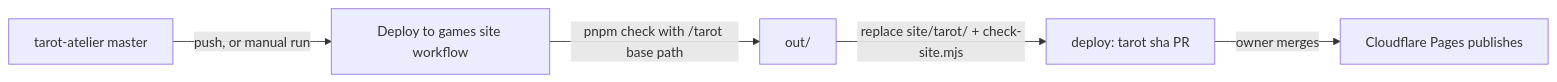
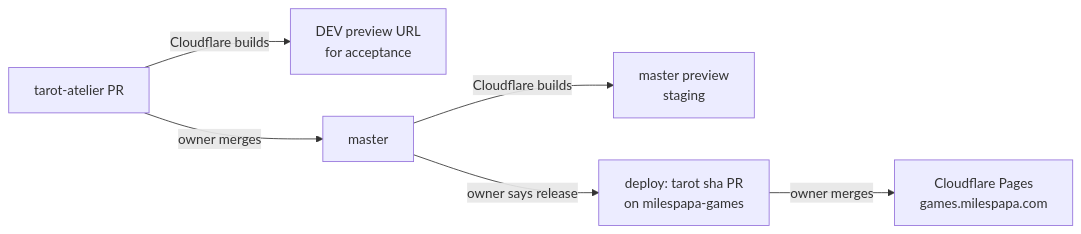
Before and after one commit to 3pwei/tarot-atelier: the diagram in docs/deployment.md, drawn with Mermaid. The commit also changed other lines of this file and 6 other files, not shown here.

First line of the commit message:
ci: replace automatic deploys with per-PR DEV previews

````diff
--- a/docs/deployment.md
+++ b/docs/deployment.md
@@ -7,7 +10,8 @@
 ```mermaid
 flowchart LR
-  M[tarot-atelier master] -->|push, or manual run| W[Deploy to games site workflow]
-  W -->|pnpm check with /tarot base path| B[out/]
-  B -->|replace site/tarot/ + check-site.mjs| P[deploy: tarot sha PR]
-  P -->|owner merges| C[Cloudflare Pages publishes]
+  PR[tarot-atelier PR] -->|Cloudflare builds| DEV[DEV preview URL<br/>for acceptance]
+  PR -->|owner merges| M[master]
+  M -->|Cloudflare builds| STG[master preview<br/>staging]
+  M -->|owner says release| D[deploy: tarot sha PR<br/>on milespapa-games]
+  D -->|owner merges| PROD[Cloudflare Pages<br/>games.milespapa.com]
 ```
````
